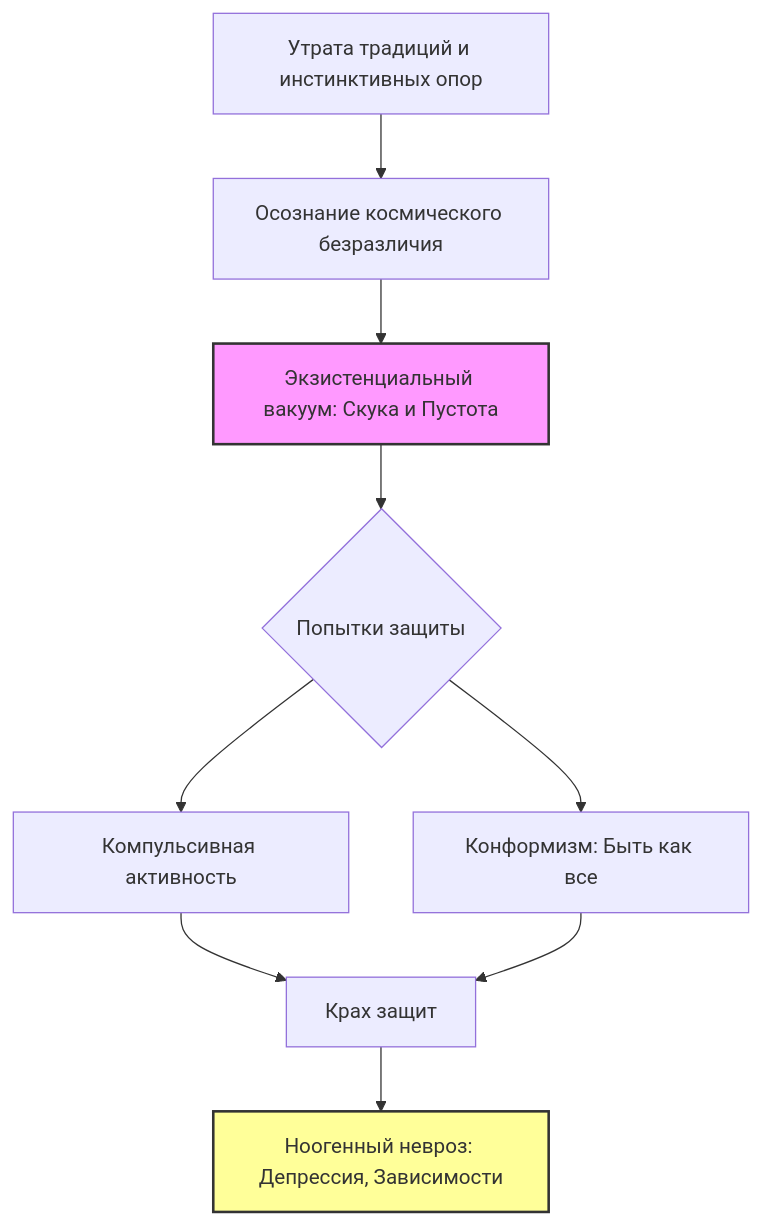
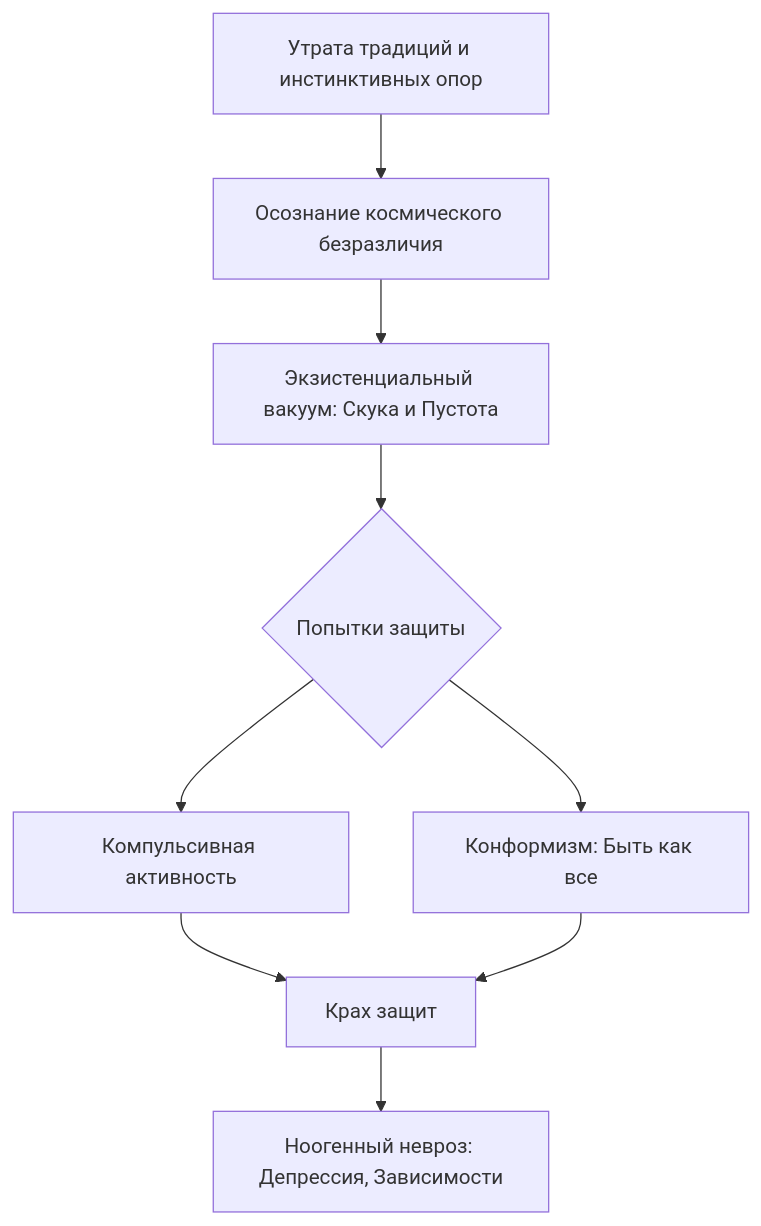
Before and after one commit to becasualle/vimutti: the first of 2 diagrams in content/articles/psychology/existential/ekzistencialnaya-bessmyslennost-yalom.mdx, drawn with Mermaid. The commit also changed other lines of this file and 30 other files, not shown here.

````diff
--- a/content/articles/psychology/existential/ekzistencialnaya-bessmyslennost-yalom.mdx
+++ b/content/articles/psychology/existential/ekzistencialnaya-bessmyslennost-yalom.mdx
@@ -28,13 +28,11 @@
 ```mermaid
 graph TD
     A[Утрата традиций и инстинктивных опор] --> B[Осознание космического безразличия]
     B --> C[Экзистенциальный вакуум: Скука и Пустота]
     C --> D{Попытки защиты}
     D --> E[Компульсивная активность]
     D --> F[Конформизм: Быть как все]
     E --> G[Крах защит]
     F --> G[Крах защит]
     G --> H[Ноогенный невроз: Депрессия, Зависимости]
-    style C fill:#f9f,stroke:#333,stroke-width:2px
-    style H fill:#ff9,stroke:#333,stroke-width:2px
 ```
````
